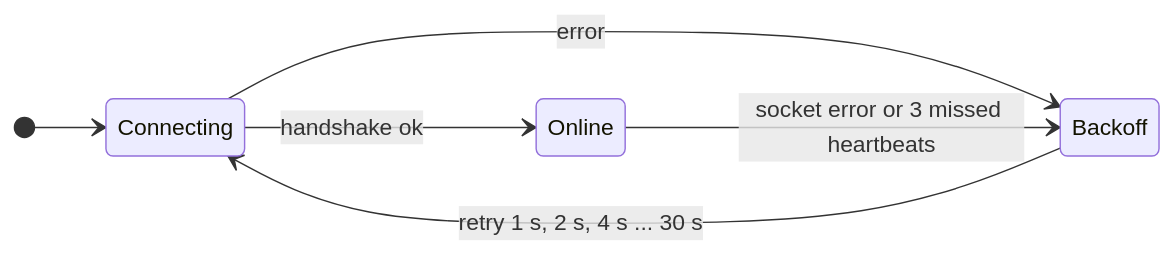
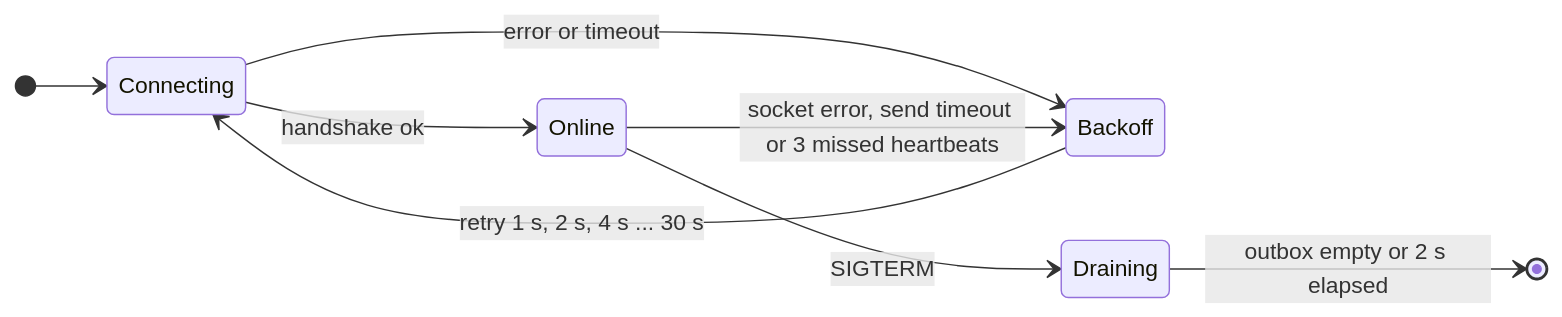
One commit to KaithanNguyen/embedded-linux-roadmap changed the second of 4 diagrams in projects/stm32mp257f-dk_jetson-nano/docs/software-design.md. Above: the diagram before and after it, drawn with Mermaid. The commit also changed other lines of this file and 28 other files, not shown here.

````diff
--- a/projects/stm32mp257f-dk_jetson-nano/docs/software-design.md
+++ b/projects/stm32mp257f-dk_jetson-nano/docs/software-design.md
@@ -57,9 +74,11 @@
 ```mermaid
 stateDiagram-v2
   direction LR
   [*] --> Connecting
   Connecting --> Online: handshake ok
-  Connecting --> Backoff: error
-  Online --> Backoff: socket error or 3 missed heartbeats
+  Connecting --> Backoff: error or timeout
+  Online --> Backoff: socket error, send timeout or 3 missed heartbeats
   Backoff --> Connecting: retry 1 s, 2 s, 4 s ... 30 s
+  Online --> Draining: SIGTERM
+  Draining --> [*]: outbox empty or 2 s elapsed
 ```
````
